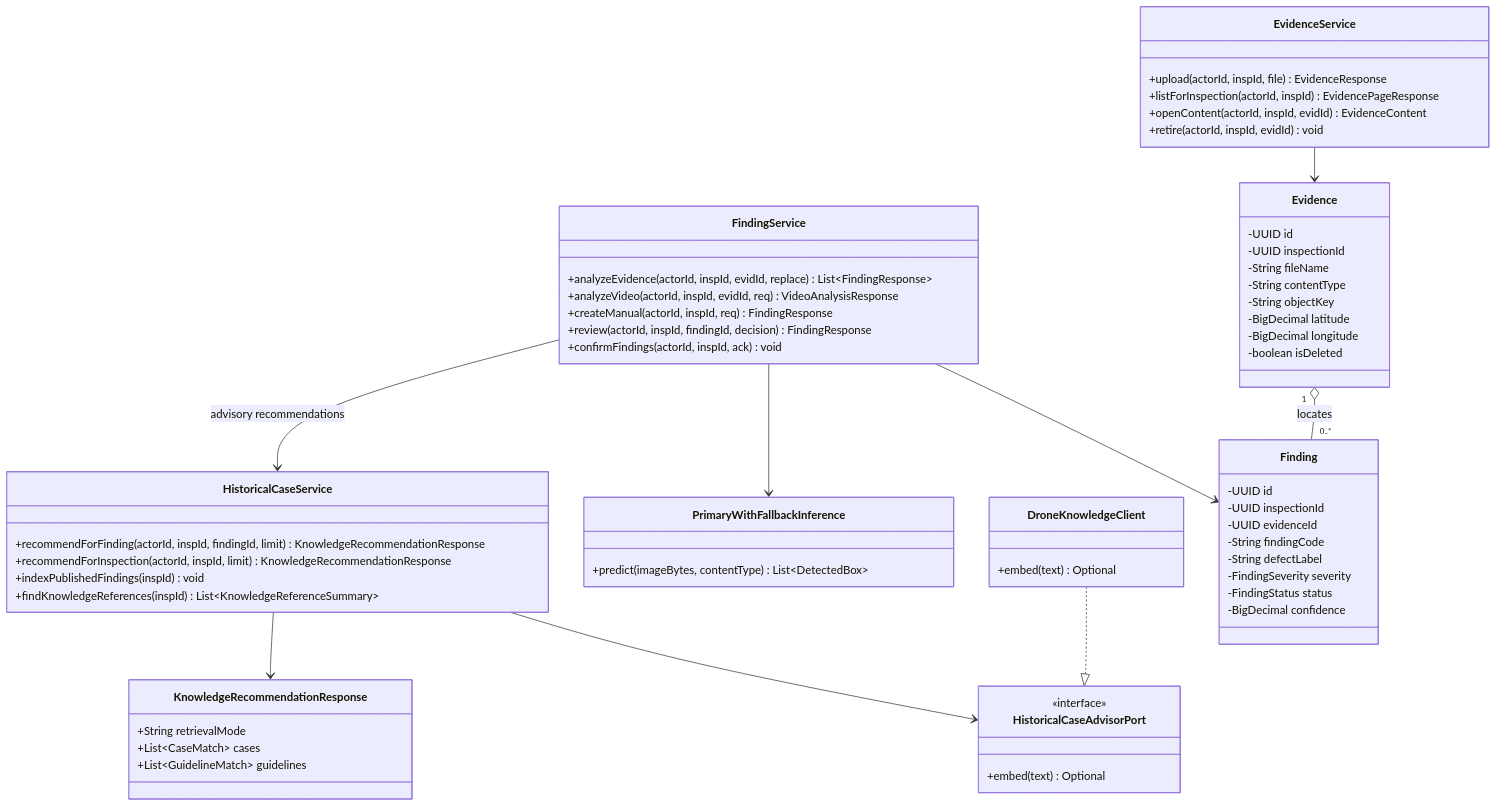
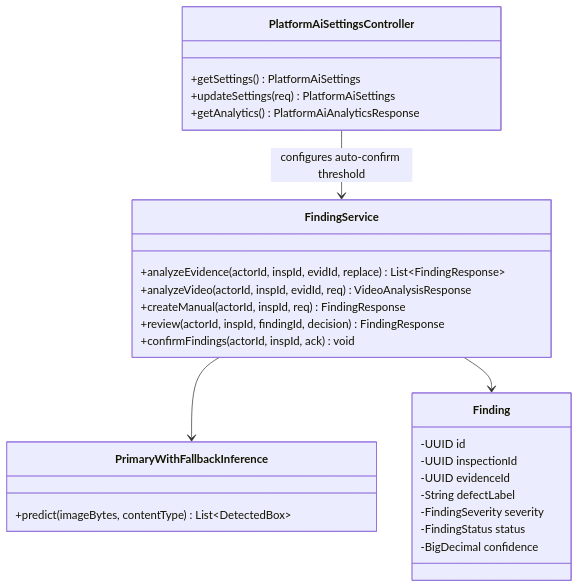
Diagram 15 of 22 in reports/report-4-software-design-document/03-detailed-design.md (tungbach12/SmartDroneInspection-Docs), drawn with Mermaid before and after one commit. The commit also changed other lines of this file and 139 other files, not shown here.

Commit message:
docs(reports,diagrams): split 24-feature reports and reorganize type-specific draw.io diagrams

````diff
--- a/reports/report-4-software-design-document/03-detailed-design.md
+++ b/reports/report-4-software-design-document/03-detailed-design.md
@@ -844,66 +772,31 @@
 ```mermaid
-%% title: FE-06 Evidence Intake and Human-Reviewed Defect Detection Class Diagram
+%% title: FE-16 AI Defect Detection and Findings Baseline Confirmation Class Diagram
 classDiagram
-  class EvidenceService {
-    +upload(actorId, inspId, file) EvidenceResponse
-    +listForInspection(actorId, inspId) EvidencePageResponse
-    +openContent(actorId, inspId, evidId) EvidenceContent
-    +retire(actorId, inspId, evidId) void
-  }
   class FindingService {
     +analyzeEvidence(actorId, inspId, evidId, replace) List~FindingResponse~
     +analyzeVideo(actorId, inspId, evidId, req) VideoAnalysisResponse
     +createManual(actorId, inspId, req) FindingResponse
     +review(actorId, inspId, findingId, decision) FindingResponse
     +confirmFindings(actorId, inspId, ack) void
   }
   class PrimaryWithFallbackInference {
     +predict(imageBytes, contentType) List~DetectedBox~
   }
-  class HistoricalCaseService {
-    +recommendForFinding(actorId, inspId, findingId, limit) KnowledgeRecommendationResponse
-    +recommendForInspection(actorId, inspId, limit) KnowledgeRecommendationResponse
-    +indexPublishedFindings(inspId) void
-    +findKnowledgeReferences(inspId) List~KnowledgeReferenceSummary~
-  }
-  class HistoricalCaseAdvisorPort {
-    <<interface>>
-    +embed(text) Optional
-  }
-  class DroneKnowledgeClient {
-    +embed(text) Optional
-  }
-  class KnowledgeRecommendationResponse {
-    +String retrievalMode
-    +List~CaseMatch~ cases
-    +List~GuidelineMatch~ guidelines
-  }
-  class Evidence {
-    -UUID id
-    -UUID inspectionId
-    -String fileName
-    -String contentType
-    -String objectKey
-    -BigDecimal latitude
-    -BigDecimal longitude
-    -boolean isDeleted
+  class PlatformAiSettingsController {
+    +getSettings() PlatformAiSettings
+    +updateSettings(req) PlatformAiSettings
+    +getAnalytics() PlatformAiAnalyticsResponse
   }
   class Finding {
     -UUID id
     -UUID inspectionId
     -UUID evidenceId
-    -String findingCode
     -String defectLabel
     -FindingSeverity severity
     -FindingStatus status
     -BigDecimal confidence
   }
-  EvidenceService --> Evidence
+  FindingService --> PrimaryWithFallbackInference
   FindingService --> Finding
-  FindingService --> PrimaryWithFallbackInference
-  FindingService --> HistoricalCaseService : advisory recommendations
-  HistoricalCaseService --> HistoricalCaseAdvisorPort
-  DroneKnowledgeClient ..|> HistoricalCaseAdvisorPort
-  HistoricalCaseService --> KnowledgeRecommendationResponse
-  Evidence "1" o-- "0..*" Finding : locates
+  PlatformAiSettingsController --> FindingService : configures auto-confirm threshold
 ```
````
